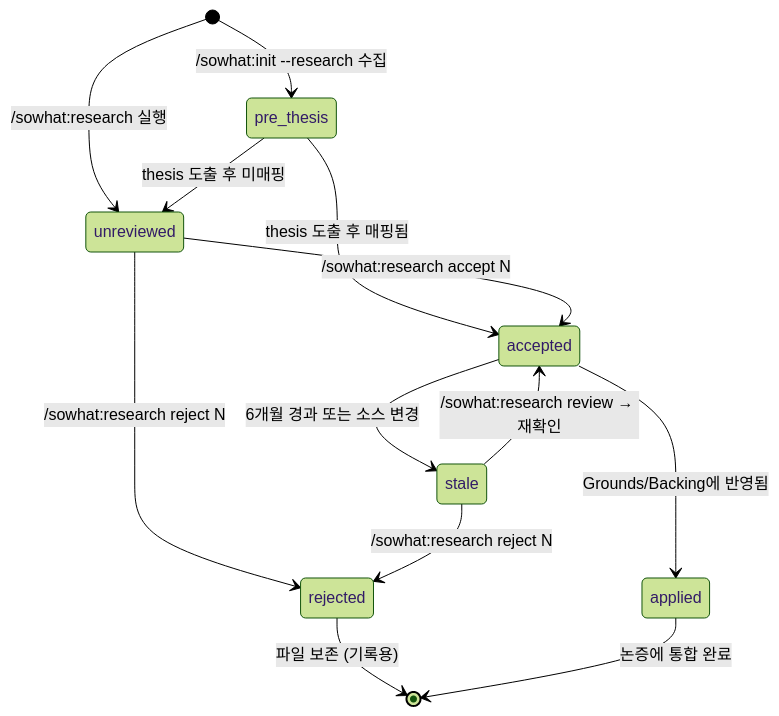
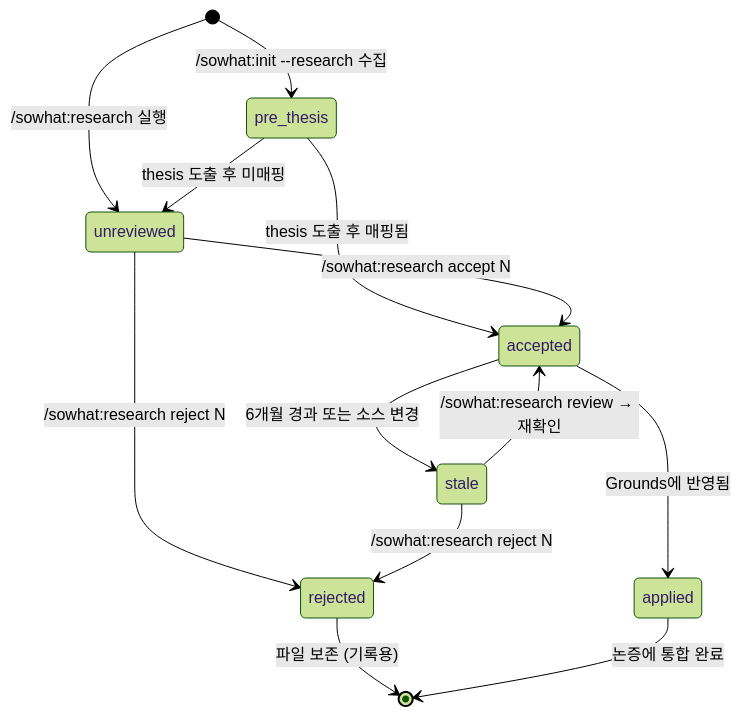
The diagram in .claude/sowhat-core/references/research-lifecycle.md (skadudd/sowhat), drawn with Mermaid (forest theme) before and after one commit. The commit also changed other lines of this file and 42 other files, not shown here.

````diff
--- a/.claude/sowhat-core/references/research-lifecycle.md
+++ b/.claude/sowhat-core/references/research-lifecycle.md
@@ -9,15 +9,15 @@
 ```mermaid
 stateDiagram-v2
     [*] --> unreviewed: /sowhat:research 실행
     [*] --> pre_thesis: /sowhat:init --research 수집
     pre_thesis --> accepted: thesis 도출 후 매핑됨
     pre_thesis --> unreviewed: thesis 도출 후 미매핑
     unreviewed --> accepted: /sowhat:research accept N
     unreviewed --> rejected: /sowhat:research reject N
-    accepted --> applied: Grounds/Backing에 반영됨
+    accepted --> applied: Grounds에 반영됨
     accepted --> stale: 6개월 경과 또는 소스 변경
     rejected --> [*]: 파일 보존 (기록용)
     stale --> accepted: /sowhat:research review → 재확인
     stale --> rejected: /sowhat:research reject N
     applied --> [*]: 논증에 통합 완료
 ```
````
